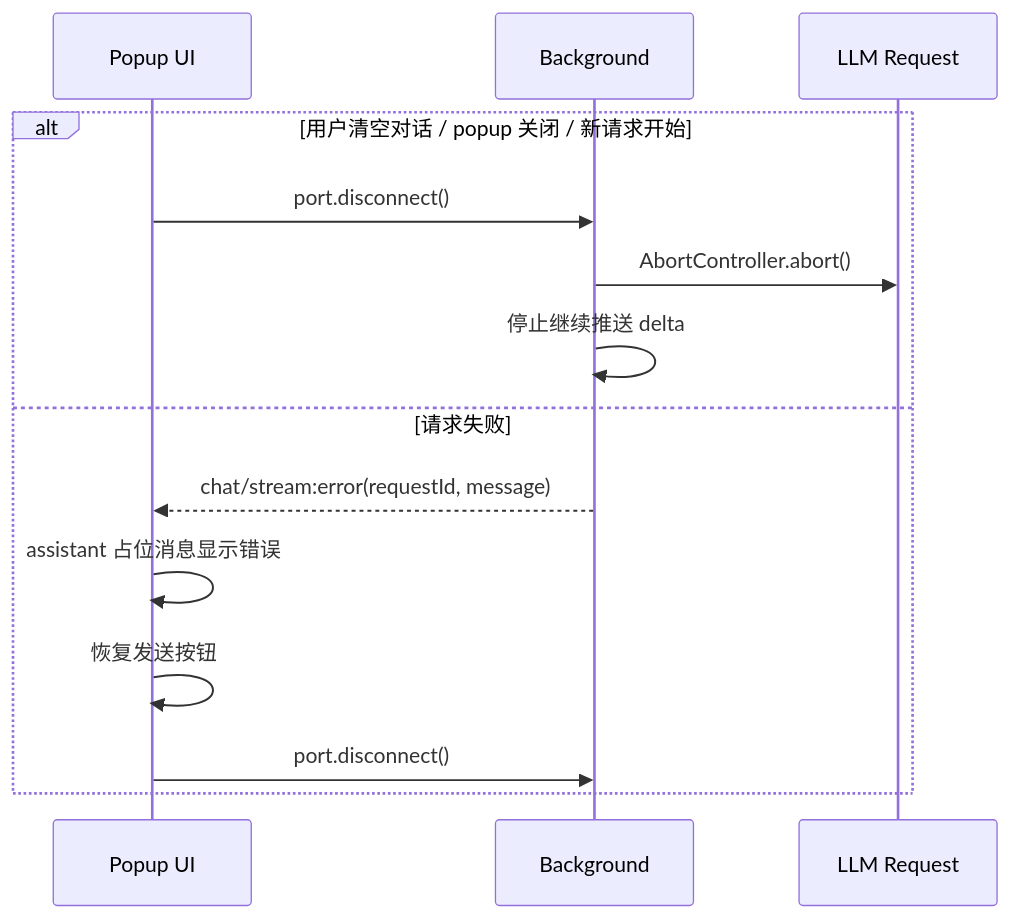
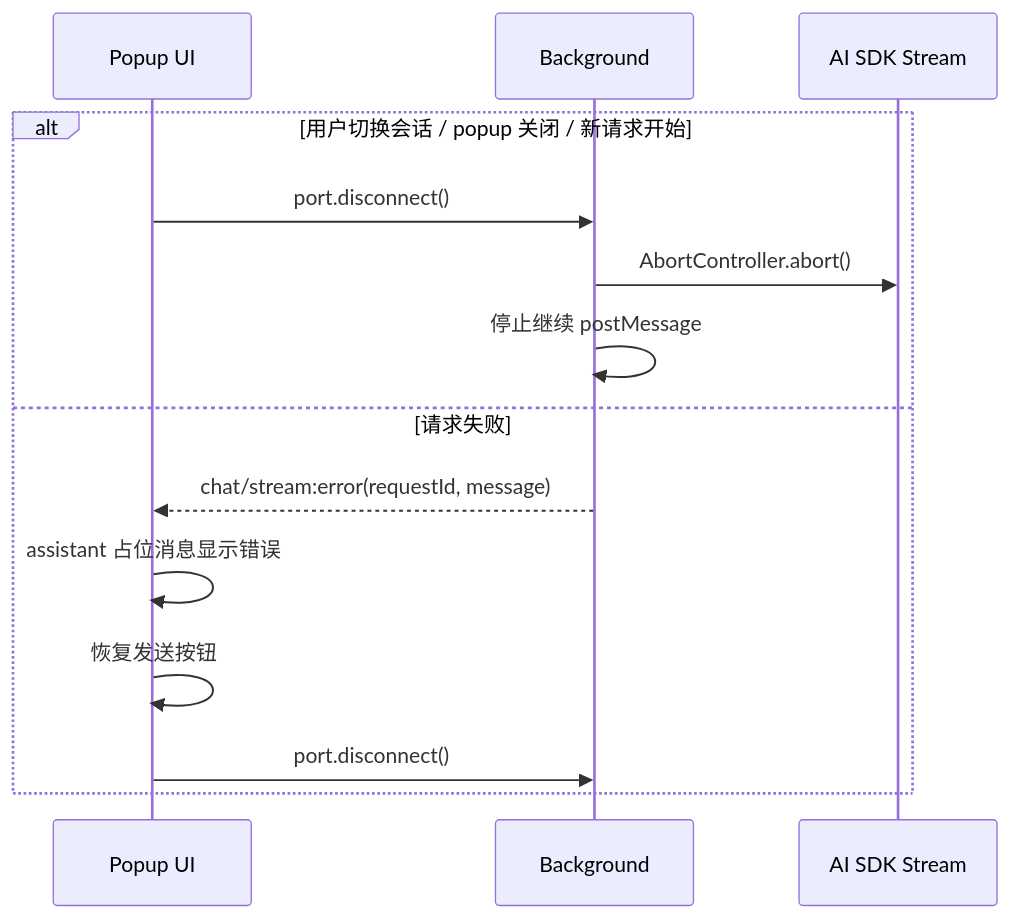
The second of 2 diagrams in docs/streaming-chat-sequence.md (whyun-pages/clawtab), drawn with Mermaid before and after one commit. The commit also changed other lines of this file and 4 other files, not shown here.

````diff
--- a/docs/streaming-chat-sequence.md
+++ b/docs/streaming-chat-sequence.md
@@ -69,17 +81,17 @@
 ```mermaid
 sequenceDiagram
     participant Popup as Popup UI
     participant BG as Background
-    participant LLM as LLM Request
+    participant LLM as AI SDK Stream
 
-    alt 用户清空对话 / popup 关闭 / 新请求开始
+    alt 用户切换会话 / popup 关闭 / 新请求开始
         Popup->>BG: port.disconnect()
         BG->>LLM: AbortController.abort()
-        BG->>BG: 停止继续推送 delta
+        BG->>BG: 停止继续 postMessage
     else 请求失败
         BG-->>Popup: chat/stream:error(requestId, message)
         Popup->>Popup: assistant 占位消息显示错误
         Popup->>Popup: 恢复发送按钮
         Popup->>BG: port.disconnect()
     end
 ```
````
